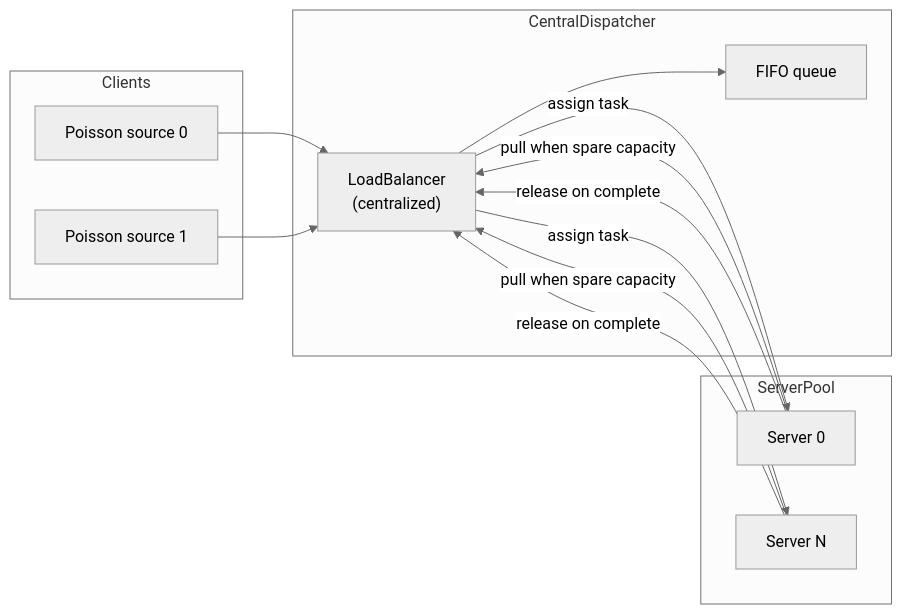
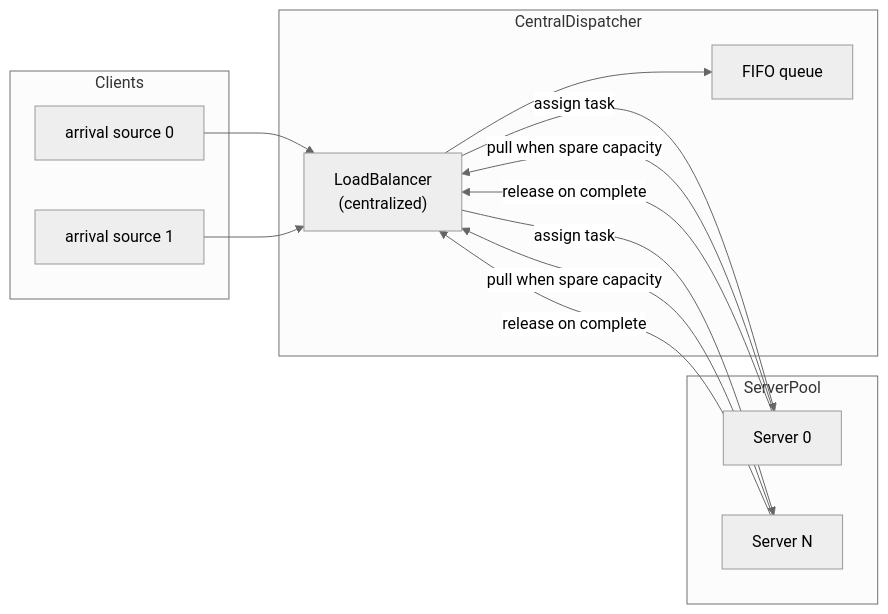
Before and after one commit to farzad1132/lb-simulator: the second of 3 diagrams in docs/lb-simulation.md, drawn with Mermaid (neutral theme). The commit also changed other lines of this file and 5 other files, not shown here.

````diff
--- a/docs/lb-simulation.md
+++ b/docs/lb-simulation.md
@@ -177,24 +177,24 @@
 ```mermaid
 flowchart LR
   subgraph clients [Clients]
-    ES0["Poisson source 0"]
-    ES1["Poisson source 1"]
+    ES0["arrival source 0"]
+    ES1["arrival source 1"]
   end
   subgraph central [CentralDispatcher]
     Q["FIFO queue"]
     CLB["LoadBalancer\n(centralized)"]
   end
   subgraph pool [ServerPool]
     S0["Server 0"]
     S1["Server N"]
   end
   ES0 --> CLB
   ES1 --> CLB
   CLB --> Q
   S0 -->|"pull when spare capacity"| CLB
   S1 -->|"pull when spare capacity"| CLB
   CLB -->|"assign task"| S0
   CLB -->|"assign task"| S1
   S0 -->|"release on complete"| CLB
   S1 -->|"release on complete"| CLB
 ```
````
